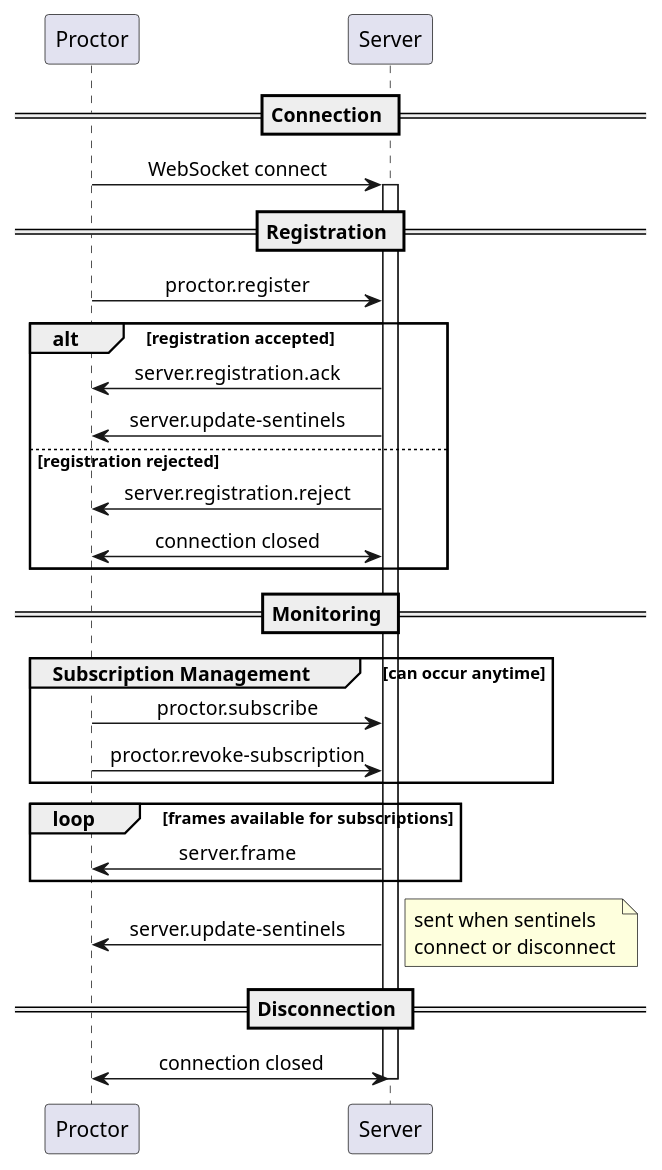
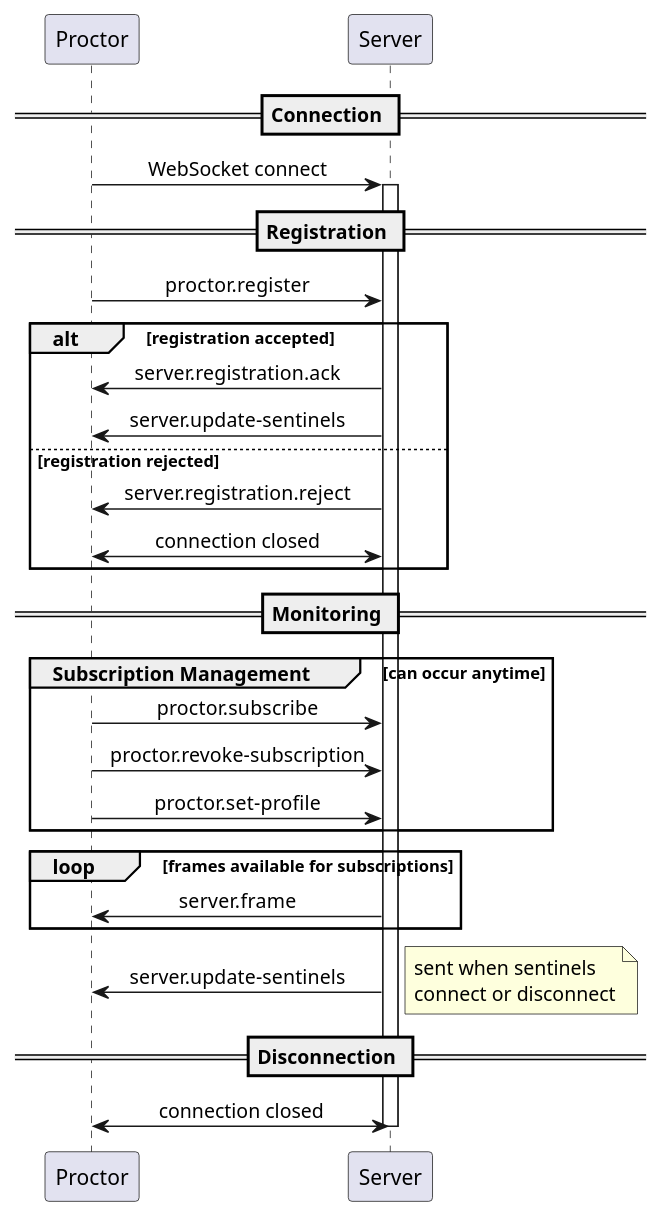
The second of 2 diagrams in hugo/content/docs/reference/websocket-comm/lifecycle.md (2526-4ahitm-itp/2526-4ahitm-franklyn), drawn with PlantUML before and after one commit. The commit also changed other lines of this file and 2 other files, not shown here.

Commit message:
docs(ws-comms): add a way to request a resolution profile from the proctor for previews

````diff
--- a/hugo/content/docs/reference/websocket-comm/lifecycle.md
+++ b/hugo/content/docs/reference/websocket-comm/lifecycle.md
@@ -80,41 +85,42 @@
 ```plantuml
 @startuml
 skinparam sequenceMessageAlign center
 
 participant "Proctor" as P
 participant "Server" as Srv
 
 == Connection ==
 P -> Srv : WebSocket connect
 activate Srv
 
 == Registration ==
 P -> Srv : proctor.register
 alt registration accepted
   Srv -> P : server.registration.ack
   Srv -> P : server.update-sentinels
 else registration rejected
   Srv -> P : server.registration.reject
   P <-> Srv : connection closed
 end
 
 == Monitoring ==
 
 group Subscription Management [can occur anytime]
   P -> Srv : proctor.subscribe
   P -> Srv : proctor.revoke-subscription
+  P -> Srv : proctor.set-profile
 end
 
 loop frames available for subscriptions
   Srv -> P : server.frame
 end
 
 Srv -> P : server.update-sentinels
 note right : sent when sentinels\nconnect or disconnect
 
 == Disconnection ==
 P <-> Srv : connection closed
 deactivate Srv
 
 @enduml
 ```
````
